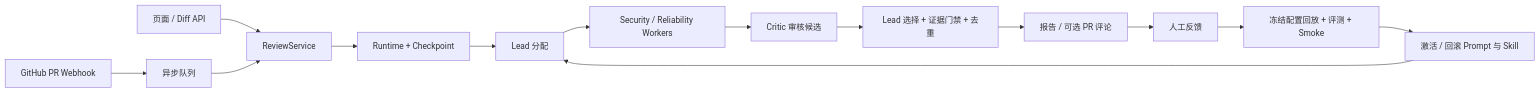
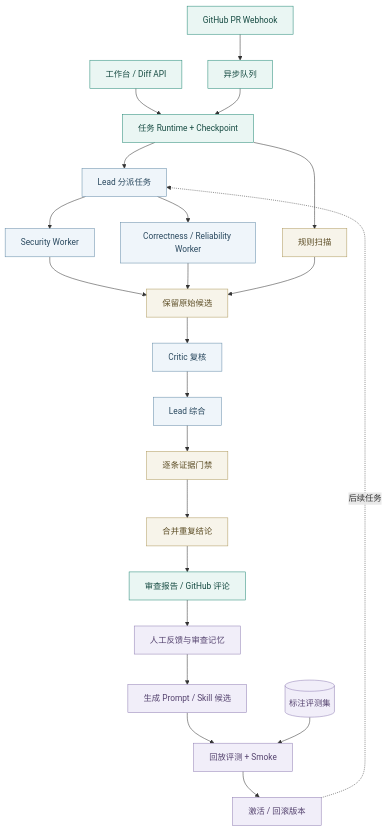
The diagram in README.md (Capricornus1229/EvoAgent), drawn with Mermaid before and after one commit. The commit also changed other lines of this file, not shown here.

````diff
--- a/README.md
+++ b/README.md
@@ -28,16 +87,33 @@
 ```mermaid
-flowchart LR
-    A[页面 / Diff API] --> S[ReviewService]
-    G[GitHub PR Webhook] --> Q[异步队列]
-    Q --> S
-    S --> H[Runtime + Checkpoint]
-    H --> L[Lead 分配]
-    L --> W[Security / Reliability Workers]
-    W --> C[Critic 审核候选]
-    C --> F[Lead 选择 + 证据门禁 + 去重]
-    F --> R[报告 / 可选 PR 评论]
-    R --> B[人工反馈]
-    B --> E[冻结配置回放 + 评测 + Smoke]
-    E --> N[激活 / 回滚 Prompt 与 Skill]
-    N --> L
+flowchart TD
+    UI[工作台 / Diff API] --> Runtime[任务 Runtime + Checkpoint]
+    GH[GitHub PR Webhook] --> Queue[异步队列]
+    Queue --> Runtime
+    Runtime --> Lead[Lead 分派任务]
+    Lead --> Security[Security Worker]
+    Lead --> Reliability[Correctness / Reliability Worker]
+    Runtime --> Scanner[规则扫描]
+    Security --> Candidates[保留原始候选]
+    Reliability --> Candidates
+    Scanner --> Candidates
+    Candidates --> Critic[Critic 复核]
+    Critic --> Final[Lead 综合]
+    Final --> Gate[逐条证据门禁]
+    Gate --> Merge[合并重复结论]
+    Merge --> Report[审查报告 / GitHub 评论]
+    Report --> Feedback[人工反馈与审查记忆]
+    Feedback --> Improve[生成 Prompt / Skill 候选]
+    Improve --> Replay[回放评测 + Smoke]
+    Cases[(标注评测集)] --> Replay
+    Replay --> Versions[激活 / 回滚版本]
+    Versions -. 后续任务 .-> Lead
+
+    classDef entry fill:#eaf6f3,stroke:#278b78,color:#164b42
+    classDef agent fill:#eff5fa,stroke:#668da9,color:#29485e
+    classDef evidence fill:#f7f4ea,stroke:#b09b61,color:#5d4e26
+    classDef evolution fill:#f1eef9,stroke:#9280b5,color:#55436f
+    class UI,GH,Queue,Runtime,Report entry
+    class Lead,Security,Reliability,Critic,Final agent
+    class Scanner,Candidates,Gate,Merge evidence
+    class Feedback,Improve,Cases,Replay,Versions evolution
 ```
````
